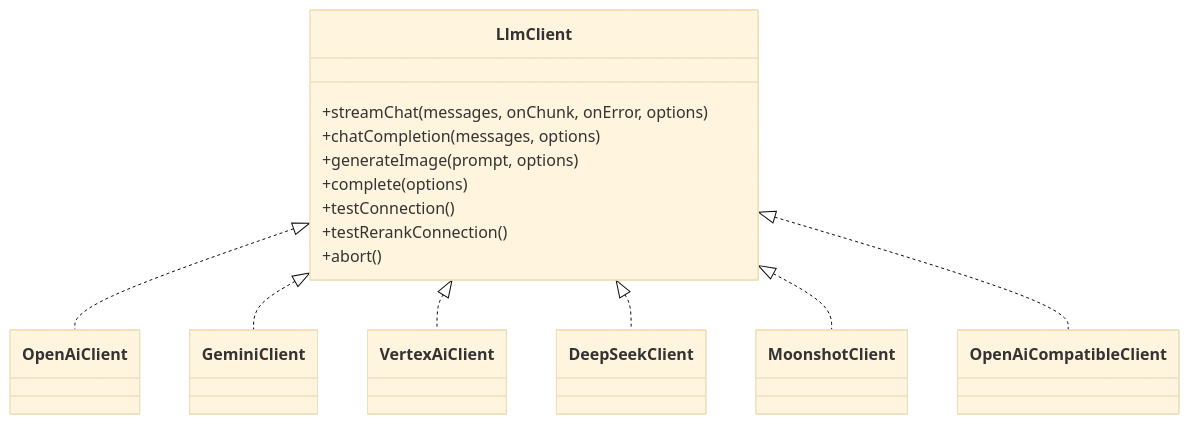
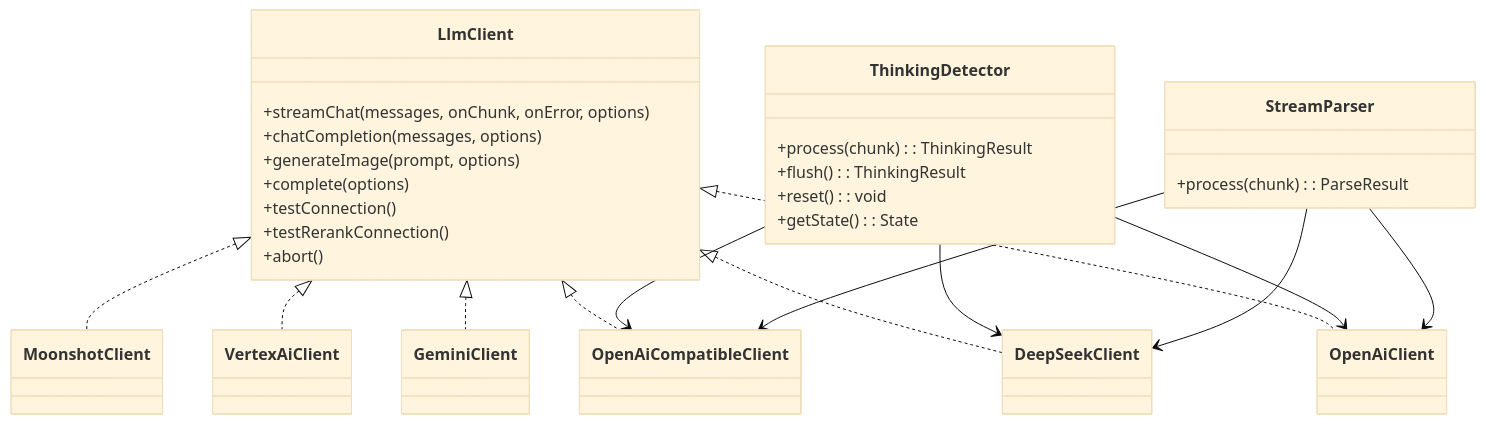
One commit to NarcisWL/Nexara changed the second of 6 diagrams in .qoder/repowiki/zh/content/多提供商模型集成/多提供商模型集成.md. Above: the diagram before and after it, drawn with Mermaid (base theme). The commit also changed other lines of this file and 4 other files, not shown here.

Commit message:
docs(wiki): update documentation for ThinkingDetector and chat refactoring

````diff
--- a/.qoder/repowiki/zh/content/多提供商模型集成/多提供商模型集成.md
+++ b/.qoder/repowiki/zh/content/多提供商模型集成/多提供商模型集成.md
@@ -95,24 +119,39 @@
 ```mermaid
 classDiagram
 class LlmClient {
 +streamChat(messages, onChunk, onError, options)
 +chatCompletion(messages, options)
 +generateImage(prompt, options)
 +complete(options)
 +testConnection()
 +testRerankConnection()
 +abort()
+}
+class ThinkingDetector {
++process(chunk) : ThinkingResult
++flush() : ThinkingResult
++reset() : void
++getState() : State
+}
+class StreamParser {
++process(chunk) : ParseResult
 }
 class OpenAiClient
 class GeminiClient
 class VertexAiClient
 class DeepSeekClient
 class MoonshotClient
 class OpenAiCompatibleClient
 LlmClient <|.. OpenAiClient
 LlmClient <|.. GeminiClient
 LlmClient <|.. VertexAiClient
 LlmClient <|.. DeepSeekClient
 LlmClient <|.. MoonshotClient
 LlmClient <|.. OpenAiCompatibleClient
+ThinkingDetector --> OpenAiClient
+ThinkingDetector --> DeepSeekClient
+ThinkingDetector --> OpenAiCompatibleClient
+StreamParser --> OpenAiClient
+StreamParser --> DeepSeekClient
+StreamParser --> OpenAiCompatibleClient
 ```
````
